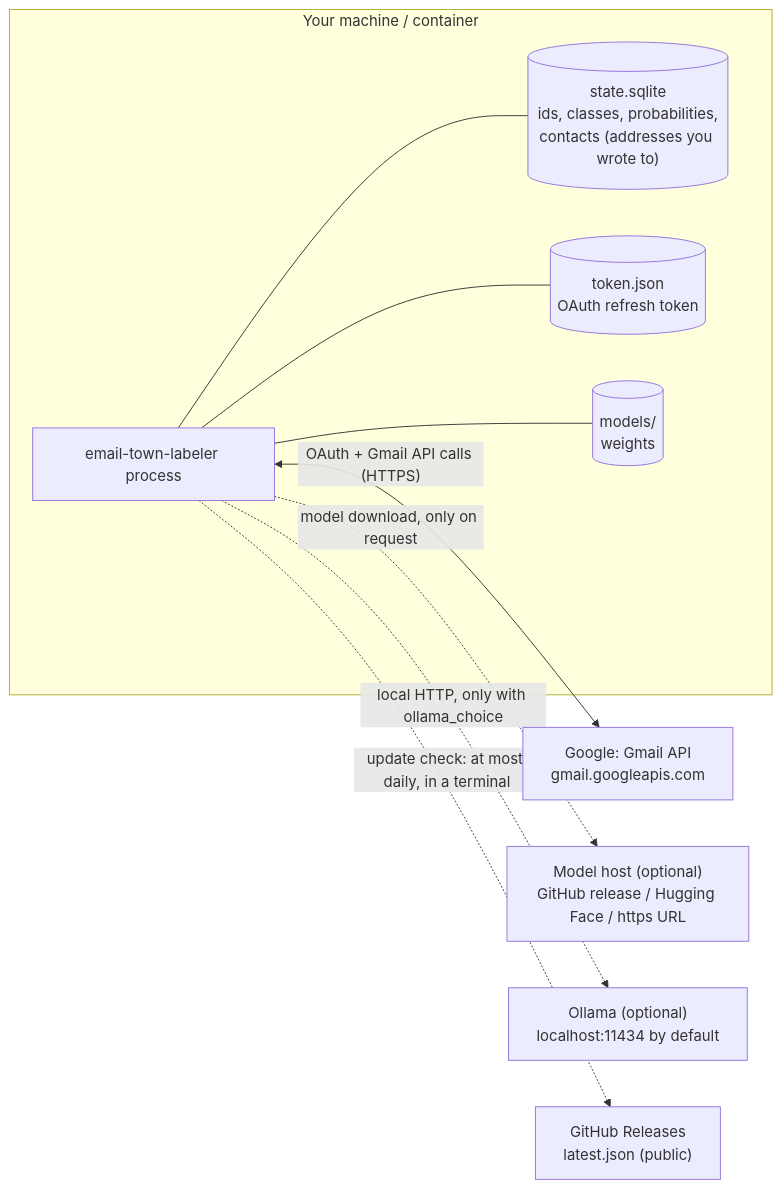
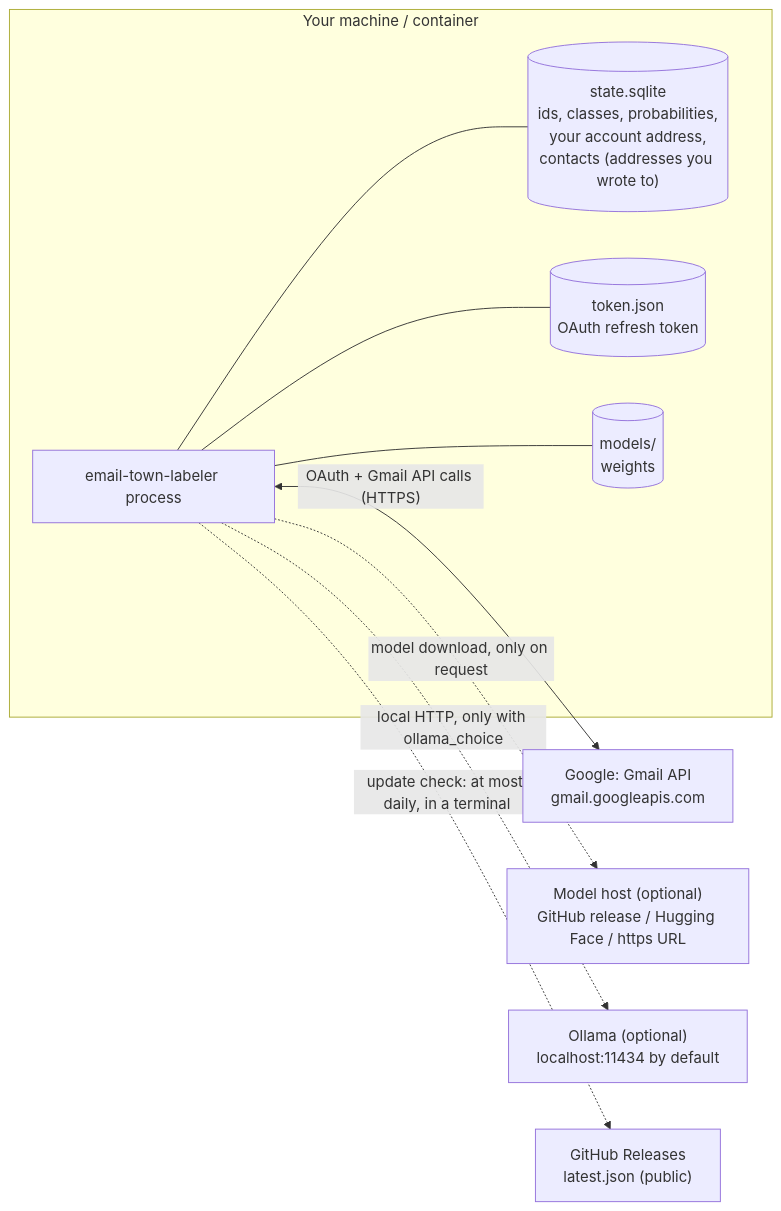
One commit to scamai/email-town-labeler changed the diagram in docs/privacy.md. Above: the diagram before and after it, drawn with Mermaid. The commit also changed other lines of this file and 11 other files, not shown here.

````diff
--- a/docs/privacy.md
+++ b/docs/privacy.md
@@ -10,20 +10,20 @@
 ```mermaid
 flowchart LR
   subgraph you["Your machine / container"]
     ij["email-town-labeler process"]
-    db[("state.sqlite<br/>ids, classes, probabilities,<br/>contacts (addresses you wrote to)")]
+    db[("state.sqlite<br/>ids, classes, probabilities,<br/>your account address,<br/>contacts (addresses you wrote to)")]
     tok[("token.json<br/>OAuth refresh token")]
     mdl[("models/<br/>weights")]
     ij --- db
     ij --- tok
     ij --- mdl
   end
   g["Google: Gmail API<br/>gmail.googleapis.com"]
   hf["Model host (optional)<br/>GitHub release / Hugging Face / https URL"]
   ol["Ollama (optional)<br/>localhost:11434 by default"]
   up["GitHub Releases<br/>latest.json (public)"]
   ij <-- "OAuth + Gmail API calls (HTTPS)" --> g
   ij -. "model download, only on request" .-> hf
   ij -. "local HTTP, only with ollama_choice" .-> ol
   ij -. "update check: at most daily, in a terminal" .-> up
 ```
````
